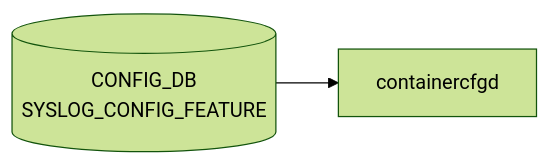
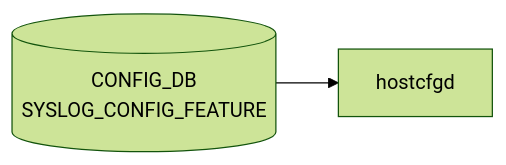
One commit to aoki-taquan/sonic-unofficial-docs changed the diagram in docs/reference/config-db/syslog-config-feature.md. Above: the diagram before and after it, drawn with Mermaid (forest theme). The commit also changed 93 other files, not shown here.

First line of the commit message:
fix(scripts): skip APPL_DB/STATE_DB pages in gen_cdb_mermaid

````diff
--- a/docs/reference/config-db/syslog-config-feature.md
+++ b/docs/reference/config-db/syslog-config-feature.md
@@ -32,6 +32,6 @@
 ```mermaid
 flowchart LR
   CDB[("CONFIG_DB<br/>SYSLOG_CONFIG_FEATURE")]
-  DM["containercfgd"]
+  DM["hostcfgd"]
   CDB --> DM
 ```
````
